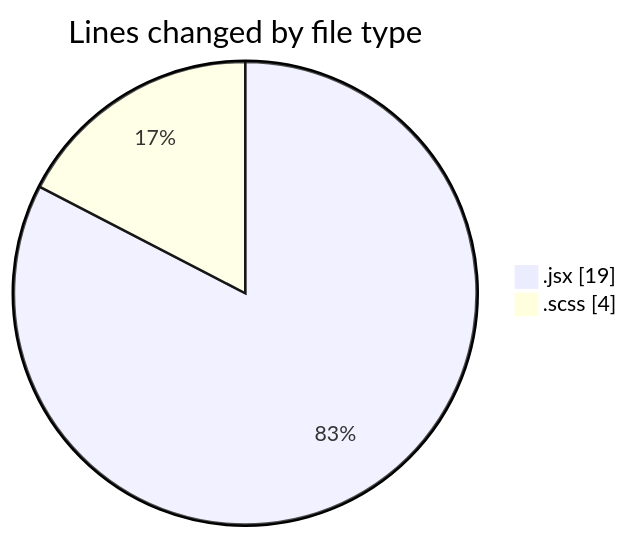
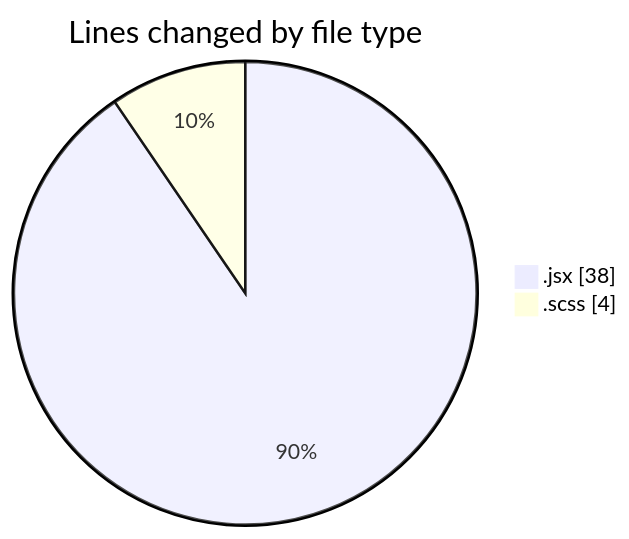
The first of 2 diagrams in 2025-06-04/cda/README.md (momahboobian/code-tracking), drawn with Mermaid before and after one commit. The commit also changed other lines of this file and 1 other file, not shown here.

````diff
--- a/2025-06-04/cda/README.md
+++ b/2025-06-04/cda/README.md
@@ -21,6 +22,6 @@
 ```mermaid
 pie showData
 title Lines changed by file type
-".jsx" : 19
+".jsx" : 38
 ".scss" : 4
 ```
````
